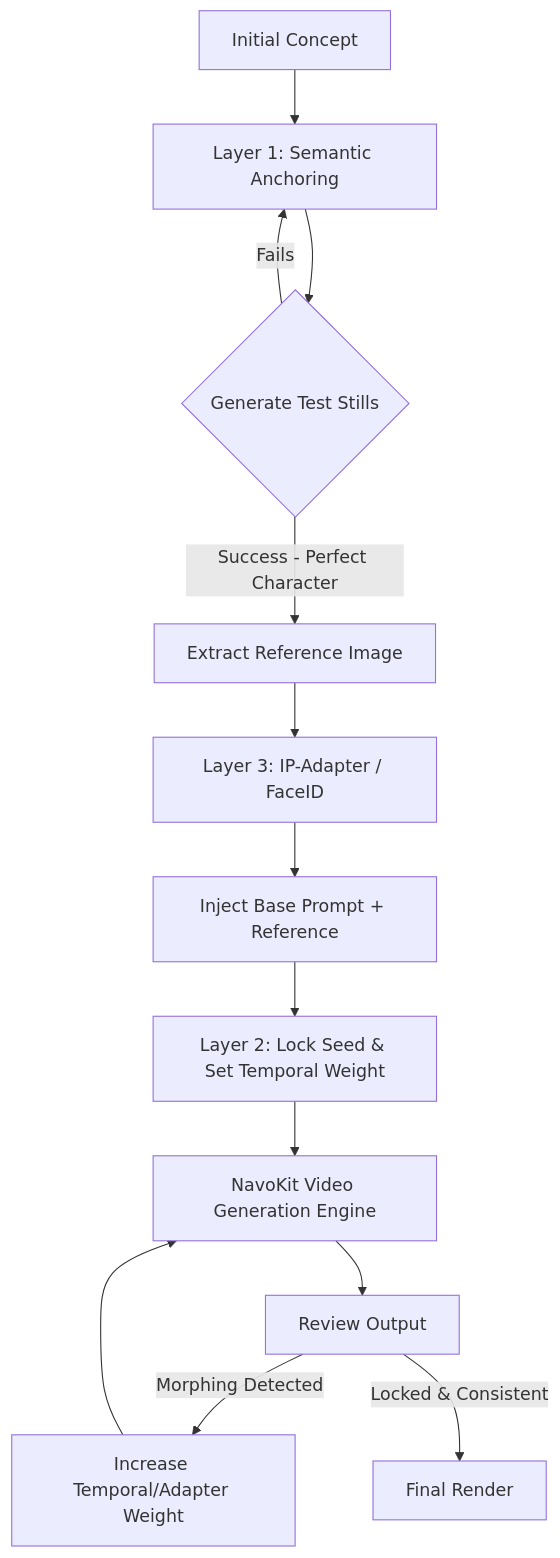
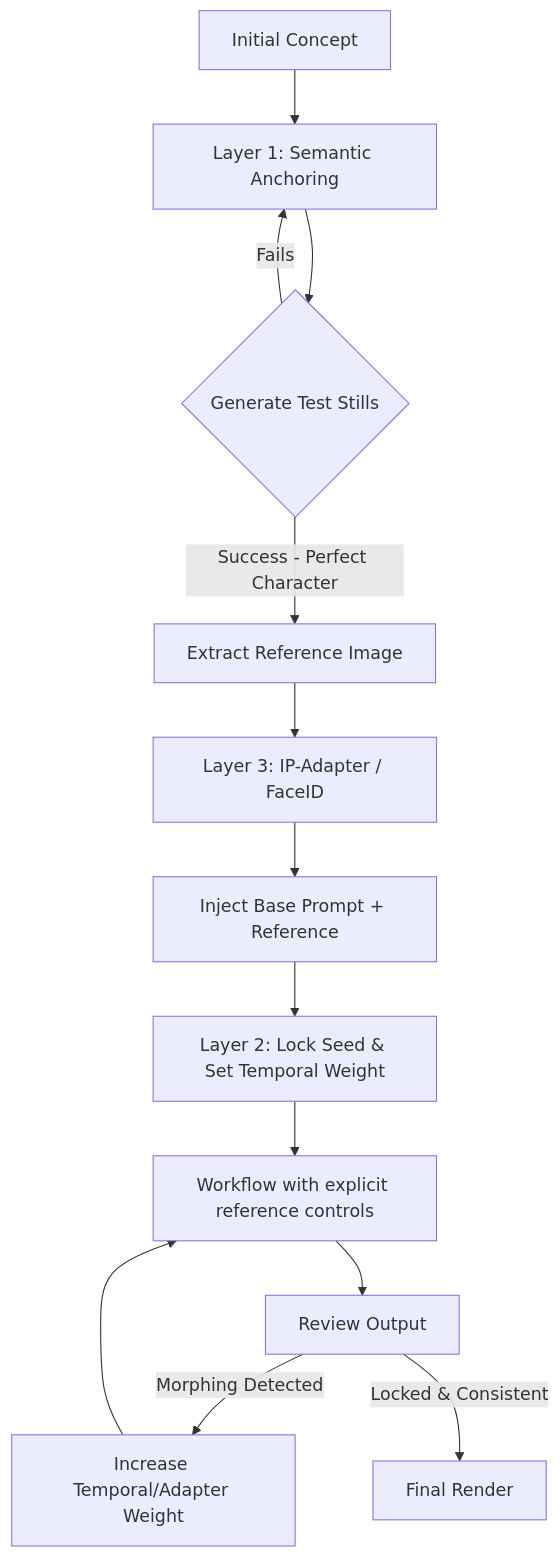
One commit to Blackdcp/navokit changed the diagram in src/content/blog/en/ai-video-character-consistency.md. Above: the diagram before and after it, drawn with Mermaid. The commit also changed other lines of this file and 250 other files, not shown here.

Commit message:
Launch NavoKit discovery directory and improve GEO foundations

````diff
--- a/src/content/blog/en/ai-video-character-consistency.md
+++ b/src/content/blog/en/ai-video-character-consistency.md
@@ -63,15 +62,15 @@
 ```mermaid
 graph TD
     A[Initial Concept] --> B[Layer 1: Semantic Anchoring]
     B --> C{Generate Test Stills}
     C -->|Fails| B
     C -->|Success - Perfect Character| D[Extract Reference Image]
     D --> E[Layer 3: IP-Adapter / FaceID]
     E --> F[Inject Base Prompt + Reference]
     F --> G[Layer 2: Lock Seed & Set Temporal Weight]
-    G --> H[NavoKit Video Generation Engine]
+    G --> H[Workflow with explicit reference controls]
     H --> I[Review Output]
     I -->|Morphing Detected| J[Increase Temporal/Adapter Weight]
     J --> H
     I -->|Locked & Consistent| K[Final Render]
 ```
````
